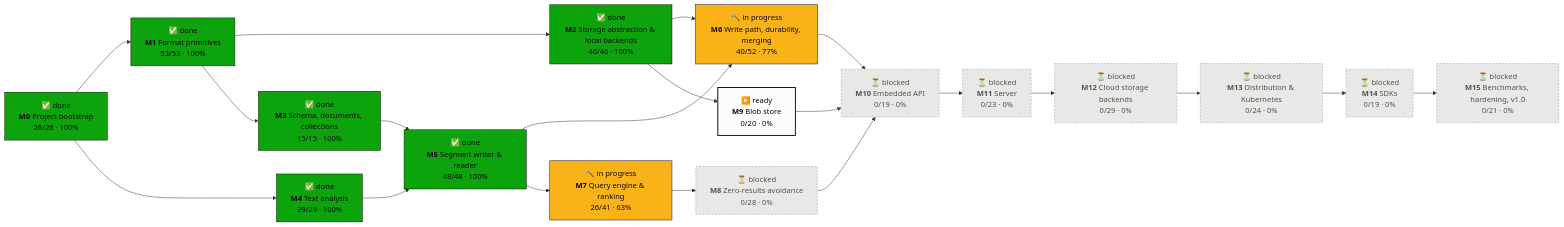
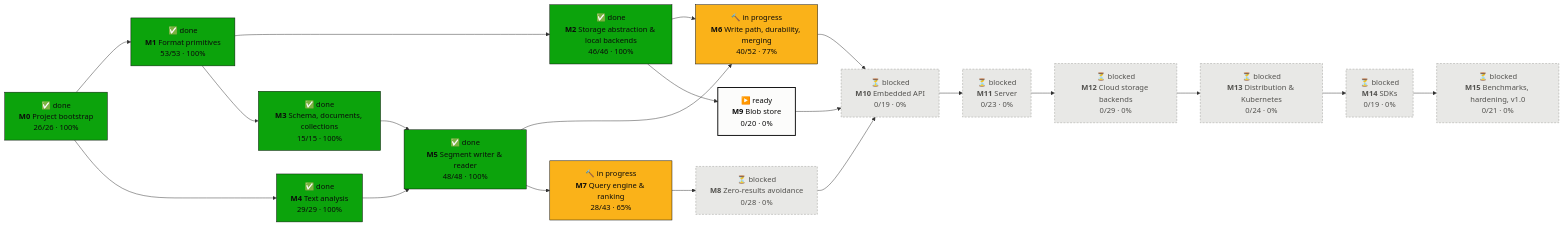
Before and after one commit to tomiok/persiaDB: the first of 2 diagrams in PROGRESS.md, drawn with Mermaid. The commit also changed other lines of this file and 21 other files, not shown here.

First line of the commit message:
Parallel views and a search deadline/cancellation token (ROADMAP 7.6.1, 7.6.2) (#58)

````diff
--- a/PROGRESS.md
+++ b/PROGRESS.md
@@ -16,42 +16,42 @@
 ```mermaid
 flowchart LR
   M0["✅ done<br/><b>M0</b> Project bootstrap<br/>26/26 · 100%"]:::done
   M1["✅ done<br/><b>M1</b> Format primitives<br/>53/53 · 100%"]:::done
   M2["✅ done<br/><b>M2</b> Storage abstraction & local backends<br/>46/46 · 100%"]:::done
   M3["✅ done<br/><b>M3</b> Schema, documents, collections<br/>15/15 · 100%"]:::done
   M4["✅ done<br/><b>M4</b> Text analysis<br/>29/29 · 100%"]:::done
   M5["✅ done<br/><b>M5</b> Segment writer & reader<br/>48/48 · 100%"]:::done
   M6["🔨 in progress<br/><b>M6</b> Write path, durability, merging<br/>40/52 · 77%"]:::doing
-  M7["🔨 in progress<br/><b>M7</b> Query engine & ranking<br/>26/41 · 63%"]:::doing
+  M7["🔨 in progress<br/><b>M7</b> Query engine & ranking<br/>28/43 · 65%"]:::doing
   M8["⏳ blocked<br/><b>M8</b> Zero-results avoidance<br/>0/28 · 0%"]:::blocked
   M9["▶️ ready<br/><b>M9</b> Blob store<br/>0/20 · 0%"]:::ready
   M10["⏳ blocked<br/><b>M10</b> Embedded API<br/>0/19 · 0%"]:::blocked
   M11["⏳ blocked<br/><b>M11</b> Server<br/>0/23 · 0%"]:::blocked
   M12["⏳ blocked<br/><b>M12</b> Cloud storage backends<br/>0/29 · 0%"]:::blocked
   M13["⏳ blocked<br/><b>M13</b> Distribution & Kubernetes<br/>0/24 · 0%"]:::blocked
   M14["⏳ blocked<br/><b>M14</b> SDKs<br/>0/19 · 0%"]:::blocked
   M15["⏳ blocked<br/><b>M15</b> Benchmarks, hardening, v1.0<br/>0/21 · 0%"]:::blocked
   M0 --> M1
   M1 --> M2
   M1 --> M3
   M0 --> M4
   M3 --> M5
   M4 --> M5
   M2 --> M6
   M5 --> M6
   M5 --> M7
   M7 --> M8
   M2 --> M9
   M6 --> M10
   M8 --> M10
   M9 --> M10
   M10 --> M11
   M11 --> M12
   M12 --> M13
   M13 --> M14
   M14 --> M15
   classDef done fill:#0ca30c,stroke:#0b0b0b,color:#0b0b0b
   classDef doing fill:#fab219,stroke:#0b0b0b,color:#0b0b0b
   classDef ready fill:#fcfcfb,stroke:#0b0b0b,stroke-width:2px,color:#0b0b0b
   classDef blocked fill:#e8e8e6,stroke:#9a9a96,stroke-dasharray:4 3,color:#52514e
 ```
````
